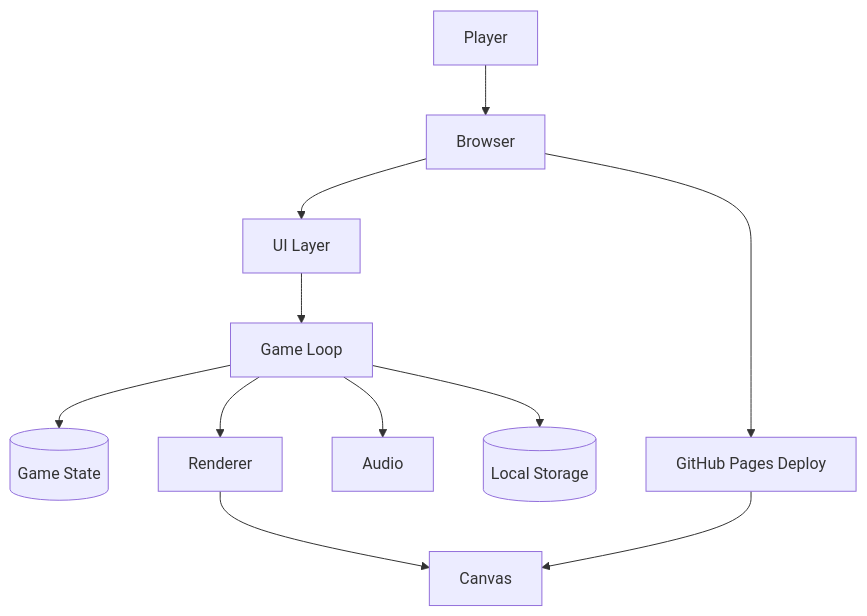
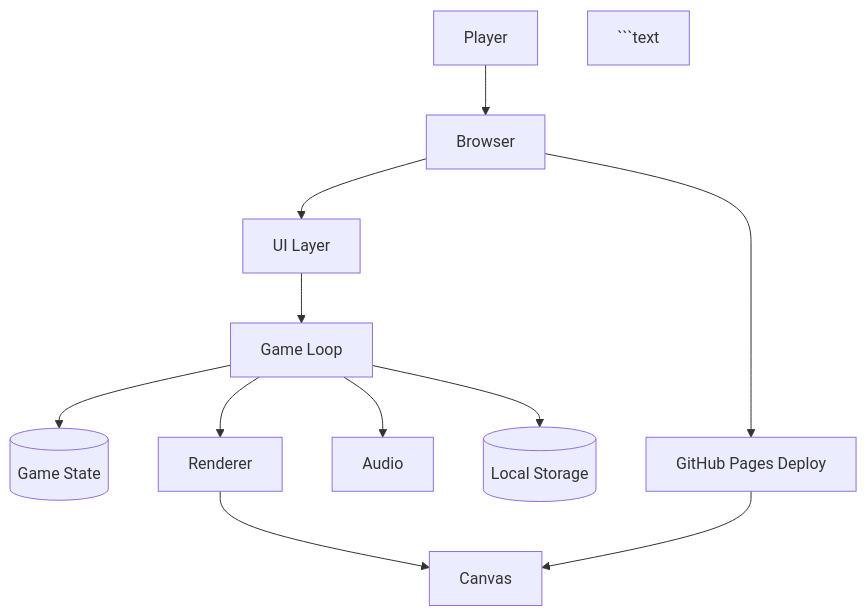
One commit to Mahan-Imanian/Mahan-Imanian changed the diagram in README.md. Above: the diagram before and after it, drawn with Mermaid. The commit also changed other lines of this file, not shown here.

````diff
--- a/README.md
+++ b/README.md
@@ -156,13 +156,14 @@
 ```mermaid
 flowchart TB
   Player[Player] --> Browser[Browser]
   Browser --> UI[UI Layer]
   UI --> Loop[Game Loop]
   Loop --> State[(Game State)]
   Loop --> Render[Renderer]
   Render --> Canvas[Canvas]
   Loop --> Audio[Audio]
   Loop --> Storage[(Local Storage)]
+```text
   Browser --> Deploy[GitHub Pages Deploy]
   Deploy --> Canvas
   ```
````
